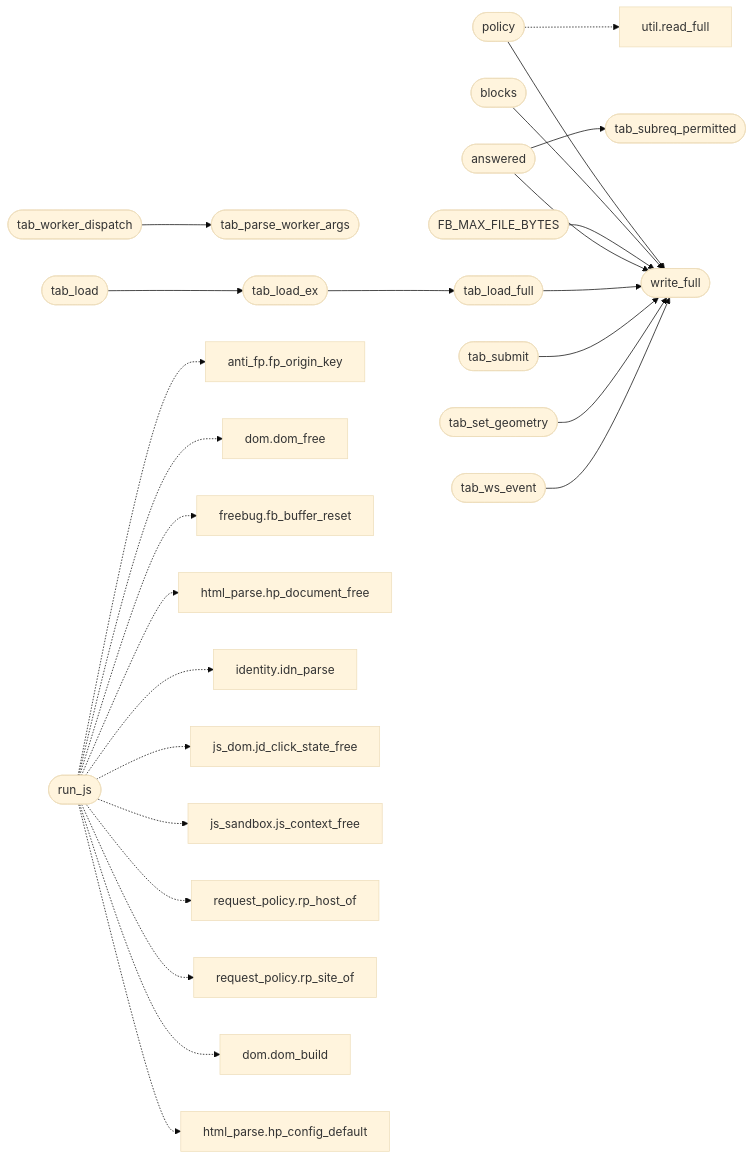
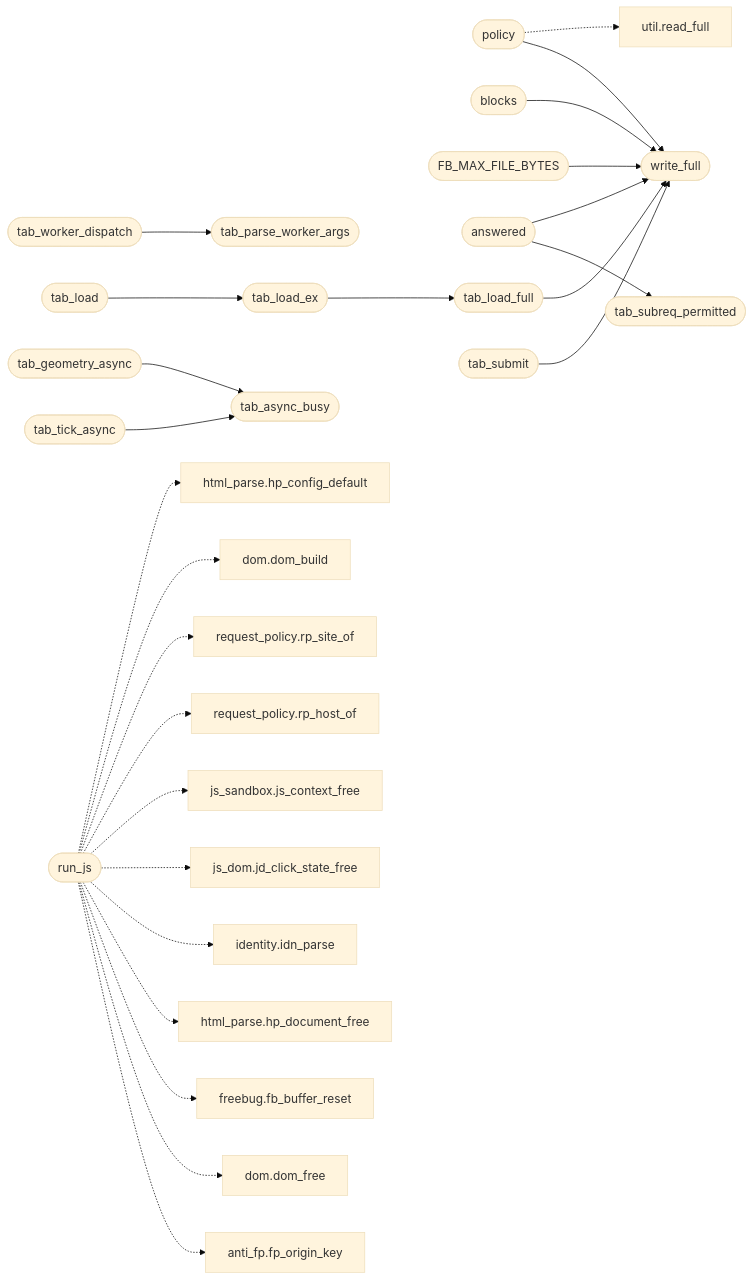
Before and after one commit to grisuno/FreeDom: the second of 2 diagrams in readmenator-apidocs/modules/src.tab.c.md, drawn with Mermaid (base theme). The commit also changed other lines of this file and 238 other files, not shown here.

````diff
--- a/readmenator-apidocs/modules/src.tab.c.md
+++ b/readmenator-apidocs/modules/src.tab.c.md
@@ -27,54 +27,55 @@
 ```mermaid
 flowchart LR
     n_src_tab_c__policy(["policy"])
     n_src_tab_c__write_full(["write_full"])
     n_src_tab_c__blocks(["blocks"])
     n_src_tab_c__FB_MAX_FILE_BYTES(["FB_MAX_FILE_BYTES"])
     n_src_tab_c__tab_worker_dispatch(["tab_worker_dispatch"])
     n_src_tab_c__tab_parse_worker_args(["tab_parse_worker_args"])
     n_src_tab_c__answered(["answered"])
     n_src_tab_c__tab_subreq_permitted(["tab_subreq_permitted"])
     n_src_tab_c__tab_load(["tab_load"])
     n_src_tab_c__tab_load_ex(["tab_load_ex"])
     n_src_tab_c__tab_load_full(["tab_load_full"])
     n_src_tab_c__tab_submit(["tab_submit"])
-    n_src_tab_c__tab_set_geometry(["tab_set_geometry"])
-    n_src_tab_c__tab_ws_event(["tab_ws_event"])
+    n_src_tab_c__tab_tick_async(["tab_tick_async"])
+    n_src_tab_c__tab_async_busy(["tab_async_busy"])
+    n_src_tab_c__tab_geometry_async(["tab_geometry_async"])
     n_include_util_h__read_full["util.read_full"]
     n_src_tab_c__run_js(["run_js"])
     n_include_anti_fp_h__fp_origin_key["anti_fp.fp_origin_key"]
     n_include_dom_h__dom_free["dom.dom_free"]
     n_include_freebug_h__fb_buffer_reset["freebug.fb_buffer_reset"]
     n_include_html_parse_h__hp_document_free["html_parse.hp_document_free"]
     n_include_identity_h__idn_parse["identity.idn_parse"]
     n_include_js_dom_h__jd_click_state_free["js_dom.jd_click_state_free"]
     n_include_js_sandbox_h__js_context_free["js_sandbox.js_context_free"]
     n_include_request_policy_h__rp_host_of["request_policy.rp_host_of"]
     n_include_request_policy_h__rp_site_of["request_policy.rp_site_of"]
     n_src_dom_c__dom_build["dom.dom_build"]
     n_src_html_parse_c__hp_config_default["html_parse.hp_config_default"]
     n_src_tab_c__policy --> n_src_tab_c__write_full
     n_src_tab_c__blocks --> n_src_tab_c__write_full
     n_src_tab_c__FB_MAX_FILE_BYTES --> n_src_tab_c__write_full
     n_src_tab_c__tab_worker_dispatch --> n_src_tab_c__tab_parse_worker_args
     n_src_tab_c__answered --> n_src_tab_c__tab_subreq_permitted
     n_src_tab_c__answered --> n_src_tab_c__write_full
     n_src_tab_c__tab_load --> n_src_tab_c__tab_load_ex
     n_src_tab_c__tab_load_ex --> n_src_tab_c__tab_load_full
     n_src_tab_c__tab_load_full --> n_src_tab_c__write_full
     n_src_tab_c__tab_submit --> n_src_tab_c__write_full
-    n_src_tab_c__tab_set_geometry --> n_src_tab_c__write_full
-    n_src_tab_c__tab_ws_event --> n_src_tab_c__write_full
+    n_src_tab_c__tab_tick_async --> n_src_tab_c__tab_async_busy
+    n_src_tab_c__tab_geometry_async --> n_src_tab_c__tab_async_busy
     n_src_tab_c__policy -.-> n_include_util_h__read_full
     n_src_tab_c__run_js -.-> n_include_anti_fp_h__fp_origin_key
     n_src_tab_c__run_js -.-> n_include_dom_h__dom_free
     n_src_tab_c__run_js -.-> n_include_freebug_h__fb_buffer_reset
     n_src_tab_c__run_js -.-> n_include_html_parse_h__hp_document_free
     n_src_tab_c__run_js -.-> n_include_identity_h__idn_parse
     n_src_tab_c__run_js -.-> n_include_js_dom_h__jd_click_state_free
     n_src_tab_c__run_js -.-> n_include_js_sandbox_h__js_context_free
     n_src_tab_c__run_js -.-> n_include_request_policy_h__rp_host_of
     n_src_tab_c__run_js -.-> n_include_request_policy_h__rp_site_of
     n_src_tab_c__run_js -.-> n_src_dom_c__dom_build
     n_src_tab_c__run_js -.-> n_src_html_parse_c__hp_config_default
 ```
````
